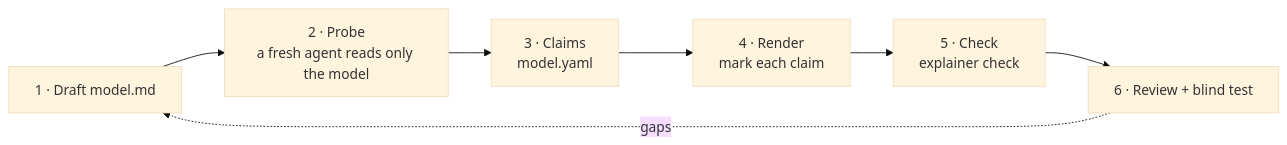
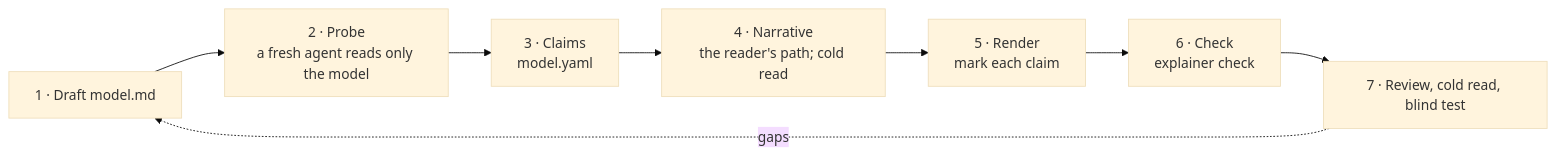
Before and after one commit to ifrit98/Explainer: the diagram in docs/authoring.md, drawn with Mermaid (base theme). The commit also changed other lines of this file and 51 other files, not shown here.

````diff
--- a/docs/authoring.md
+++ b/docs/authoring.md
@@ -9,9 +9,10 @@
 ```mermaid
 flowchart LR
     M["1 · Draft model.md"] --> P["2 · Probe<br/>a fresh agent reads only the model"]
     P --> C["3 · Claims<br/>model.yaml"]
-    C --> R["4 · Render<br/>mark each claim"]
-    R --> K["5 · Check<br/>explainer check"]
-    K --> V["6 · Review + blind test"]
+    C --> N["4 · Narrative<br/>the reader's path; cold read"]
+    N --> R["5 · Render<br/>mark each claim"]
+    R --> K["6 · Check<br/>explainer check"]
+    K --> V["7 · Review, cold read, blind test"]
     V -.->|gaps| M
 ```
````
